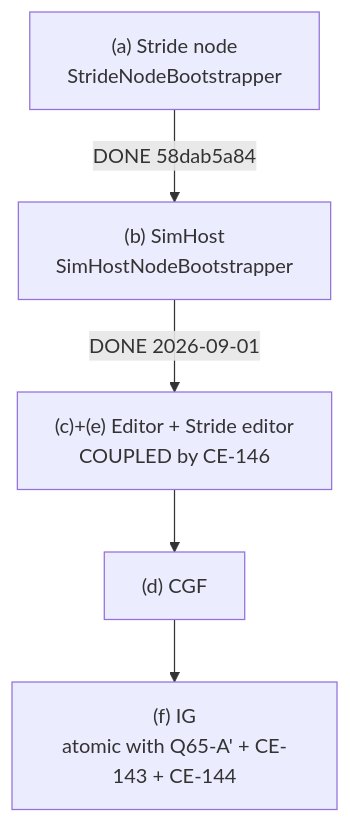
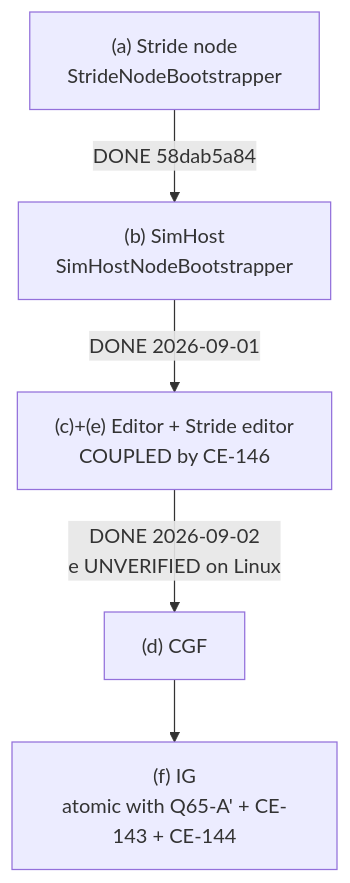
The diagram in docs/blueprints/BOOTSTRAP_Entity_Creation_Session.md (pjanec/HROT), drawn with Mermaid before and after one commit. The commit also changed other lines of this file and 7 other files, not shown here.

````diff
--- a/docs/blueprints/BOOTSTRAP_Entity_Creation_Session.md
+++ b/docs/blueprints/BOOTSTRAP_Entity_Creation_Session.md
@@ -93,7 +93,7 @@
 ```mermaid
 graph TD
     A["(a) Stride node<br/>StrideNodeBootstrapper"] -->|DONE 58dab5a84| B["(b) SimHost<br/>SimHostNodeBootstrapper"]
     B -->|DONE 2026-09-01| CE["(c)+(e) Editor + Stride editor<br/>COUPLED by CE-146"]
-    CE --> D["(d) CGF"]
+    CE -->|DONE 2026-09-02<br/>e UNVERIFIED on Linux| D["(d) CGF"]
     D --> F["(f) IG<br/>atomic with Q65-A' + CE-143 + CE-144"]
 ```
````
